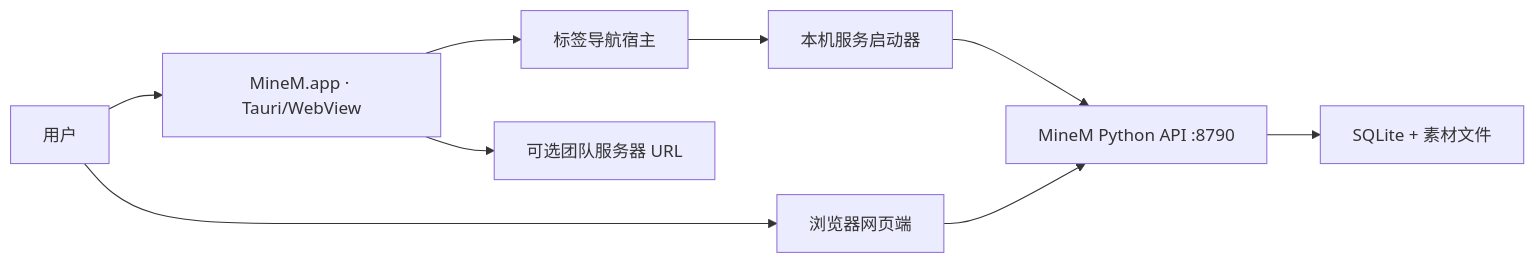
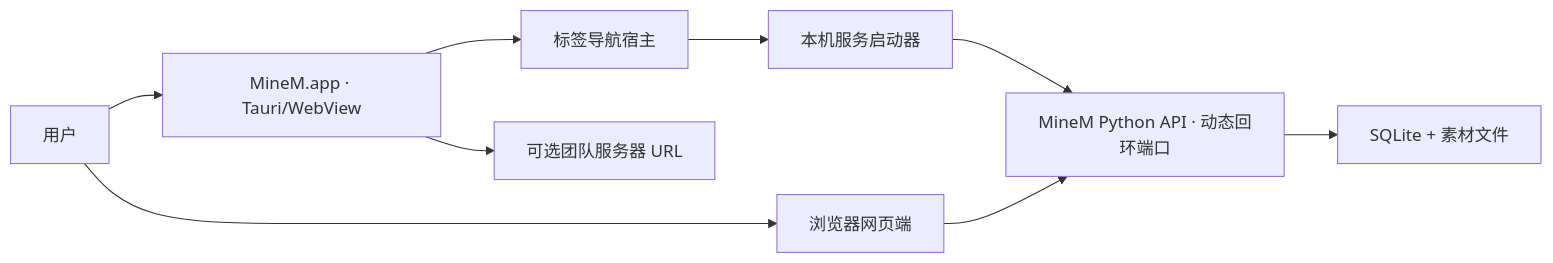
The first of 2 diagrams in docs/macos-desktop-client.md (Jo-Tsu/minem), drawn with Mermaid before and after one commit. The commit also changed other lines of this file and 91 other files, not shown here.

````diff
--- a/docs/macos-desktop-client.md
+++ b/docs/macos-desktop-client.md
@@ -23,11 +25,11 @@
 ```mermaid
 flowchart LR
   User["用户"] --> Web["浏览器网页端"]
   User --> App["MineM.app · Tauri/WebView"]
   App --> Tabs["标签导航宿主"]
   Tabs --> Launcher["本机服务启动器"]
-  Launcher --> Api["MineM Python API :8790"]
+  Launcher --> Api["MineM Python API · 动态回环端口"]
   Web --> Api
   Api --> SQLite["SQLite + 素材文件"]
   App --> Remote["可选团队服务器 URL"]
 ```
````
